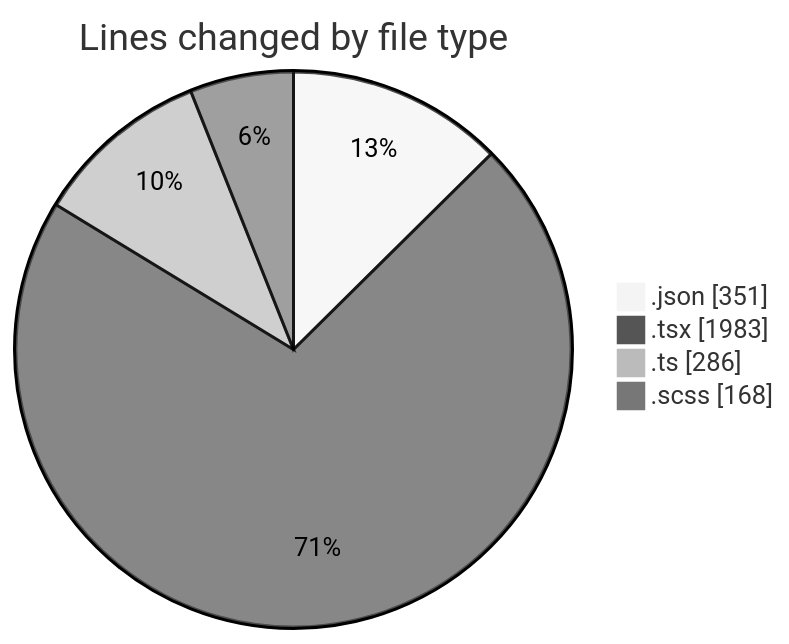
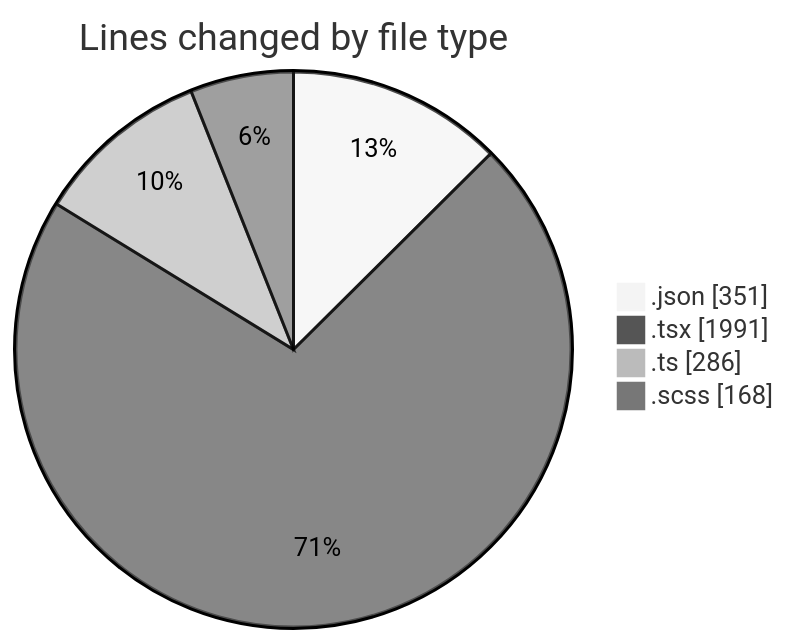
The first of 2 diagrams in 2026-04-22/cda/README.md (momahboobian/code-tracking), drawn with Mermaid (neutral theme) before and after one commit. The commit also changed other lines of this file and 1 other file, not shown here.

````diff
--- a/2026-04-22/cda/README.md
+++ b/2026-04-22/cda/README.md
@@ -39,8 +39,8 @@
 ```mermaid
 pie showData
 title Lines changed by file type
 ".json" : 351
-".tsx" : 1983
+".tsx" : 1991
 ".ts" : 286
 ".scss" : 168
 ```
````
